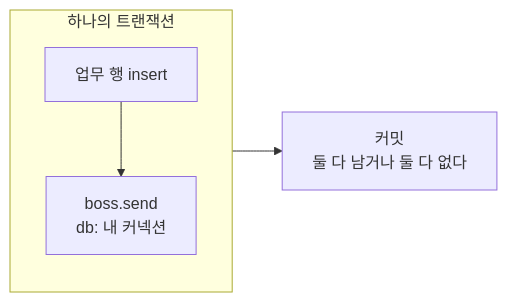
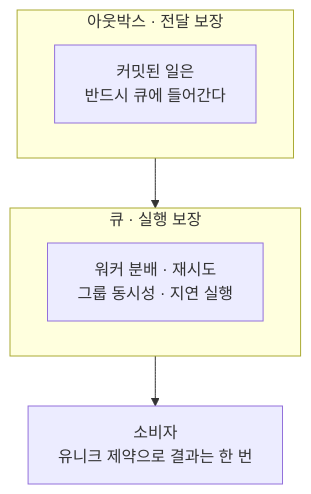
Before and after one commit to dydals3440/YOLOG: the eighth of 10 diagrams in src/content/post/blog/transactional-outbox.mdx, drawn with Mermaid. The commit also changed other lines of this file, not shown here.

First line of the commit message:
docs: 트랜잭션 아웃박스 글을 현재 구현에 맞게 다시 쓴다

````diff
--- a/src/content/post/blog/transactional-outbox.mdx
+++ b/src/content/post/blog/transactional-outbox.mdx
@@ -448,7 +599,11 @@
 ```mermaid
-flowchart LR
-    subgraph TX["하나의 트랜잭션"]
-        A["업무 행 insert"] --> B["boss.send<br/>db: 내 커넥션"]
+flowchart TB
+    subgraph L1["아웃박스 · 전달 보장"]
+        A["커밋된 일은<br/>반드시 큐에 들어간다"]
     end
-    TX --> C["커밋<br/>둘 다 남거나 둘 다 없다"]
+    subgraph L2["큐 · 실행 보장"]
+        B["워커 분배 · 재시도<br/>그룹 동시성 · 지연 실행"]
+    end
+    L1 --> L2
+    L2 --> C["소비자<br/>유니크 제약으로 결과는 한 번"]
 ```
````
